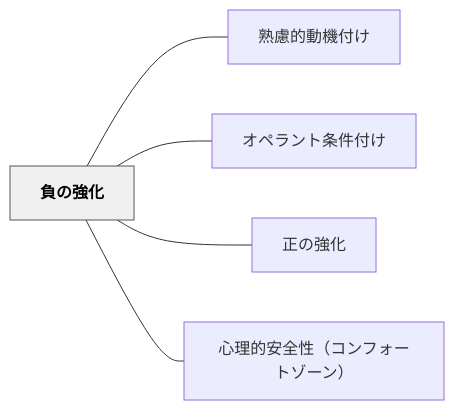
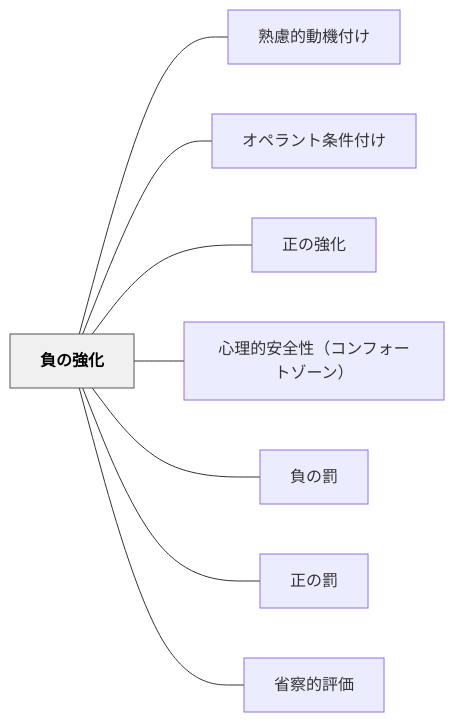
Before and after one commit to unknownthings-ed-patterns/unknownthings-ed-patterns: the diagram in content/パタン/負の強化.md, drawn with Mermaid. The commit also changed 20 other files, not shown here.

````diff
--- a/content/パタン/負の強化.md
+++ b/content/パタン/負の強化.md
@@ -40,16 +37,22 @@
 ```mermaid
 flowchart LR
     ne8b2a0e381aee5bcb7e58c96["負の強化"]
     ne7869fe685aee79a84e58b95e6a99fe4bb98e38191["熟慮的動機付け"]
     ne382aae3839ae383a9e383b3e38388e69da1e4bbb6e4bb98e38191["オペラント条件付け"]
     ne6ada3e381aee5bcb7e58c96["正の強化"]
     ne5bf83e79086e79a84e5ae89e585a8e680a7efbc88e382b3e383b3e38395e382a9e383bce38388e382bee383bce383b3efbc89["心理的安全性（コンフォートゾーン）"]
+    ne8b2a0e381aee7bdb0["負の罰"]
+    ne6ada3e381aee7bdb0["正の罰"]
+    ne79c81e5af9fe79a84e8a995e4bea1["省察的評価"]
 
     ne8b2a0e381aee5bcb7e58c96 --- ne7869fe685aee79a84e58b95e6a99fe4bb98e38191
     ne8b2a0e381aee5bcb7e58c96 --- ne382aae3839ae383a9e383b3e38388e69da1e4bbb6e4bb98e38191
     ne8b2a0e381aee5bcb7e58c96 --- ne6ada3e381aee5bcb7e58c96
     ne8b2a0e381aee5bcb7e58c96 --- ne5bf83e79086e79a84e5ae89e585a8e680a7efbc88e382b3e383b3e38395e382a9e383bce38388e382bee383bce383b3efbc89
+    ne8b2a0e381aee5bcb7e58c96 --- ne8b2a0e381aee7bdb0
+    ne8b2a0e381aee5bcb7e58c96 --- ne6ada3e381aee7bdb0
+    ne8b2a0e381aee5bcb7e58c96 --- ne79c81e5af9fe79a84e8a995e4bea1
 
     classDef hub fill:#f0f0f0,stroke:#555,color:#000,font-weight:bold
     class ne8b2a0e381aee5bcb7e58c96 hub
 ```
````
